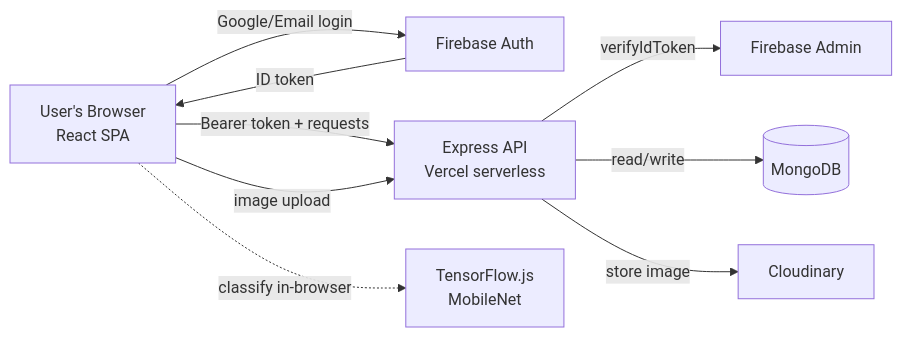
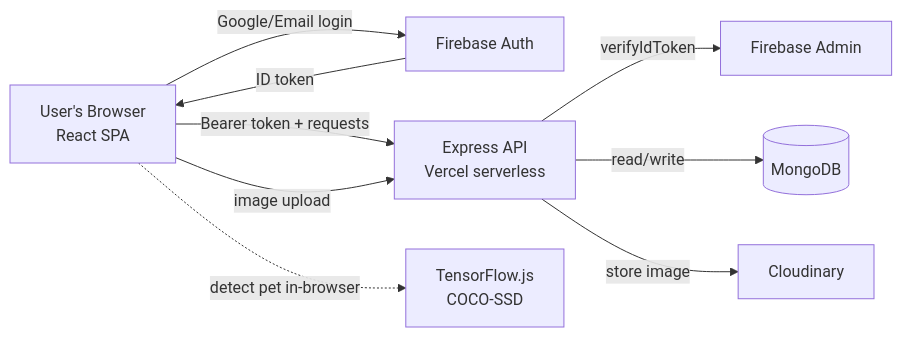
The first of 2 diagrams in README.md (shreeRCode/Pawster), drawn with Mermaid before and after one commit. The commit also changed other lines of this file, not shown here.

Commit message:
docs: clean up README (remove emojis, fix ER diagram + stale ML refs)

````diff
--- a/README.md
+++ b/README.md
@@ -45,11 +45,11 @@
 ```mermaid
 flowchart LR
     U[User's Browser<br/>React SPA] -->|Google/Email login| FB[Firebase Auth]
     FB -->|ID token| U
     U -->|Bearer token + requests| API[Express API<br/>Vercel serverless]
     API -->|verifyIdToken| ADM[Firebase Admin]
     API -->|read/write| DB[(MongoDB)]
     U -->|image upload| API
     API -->|store image| CLD[Cloudinary]
-    U -.->|classify in-browser| TF[TensorFlow.js<br/>MobileNet]
+    U -.->|detect pet in-browser| TF[TensorFlow.js<br/>COCO-SSD]
 ```
````
